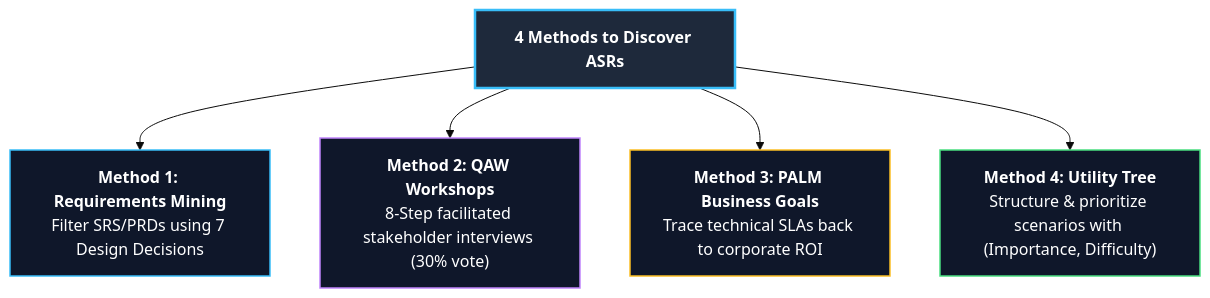
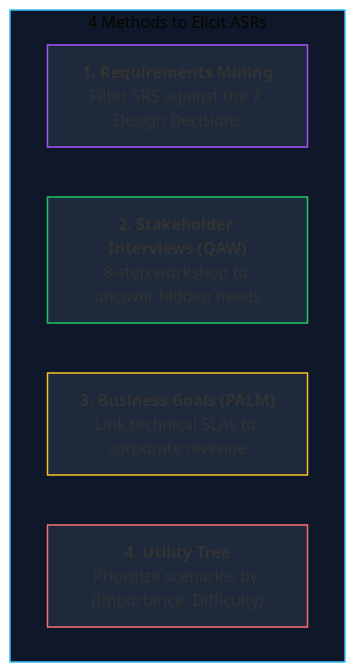
Before and after one commit to shreyash2601/bits-notes: the first of 2 diagrams in Software Architectures/Lecture 5/Lecture_05_Notes.md, drawn with Mermaid (base theme). The commit also changed other lines of this file and 31 other files, not shown here.

````diff
--- a/Software Architectures/Lecture 5/Lecture_05_Notes.md
+++ b/Software Architectures/Lecture 5/Lecture_05_Notes.md
@@ -307,15 +42,14 @@
 ```mermaid
 flowchart TD
-    ROOT["<b style='color:#ffffff; font-size:16px;'>4 Methods to Discover ASRs</b>"]
-
-    ROOT --> M1["<b>Method 1: Requirements Mining</b><br/>Filter SRS/PRDs using 7 Design Decisions"]
-    ROOT --> M2["<b>Method 2: QAW Workshops</b><br/>8-Step facilitated stakeholder interviews (30% vote)"]
-    ROOT --> M3["<b>Method 3: PALM Business Goals</b><br/>Trace technical SLAs back to corporate ROI"]
-    ROOT --> M4["<b>Method 4: Utility Tree</b><br/>Structure & prioritize scenarios with (Importance, Difficulty)"]
-
-    style ROOT fill:#1e293b,stroke:#38bdf8,stroke-width:2.5px,color:#ffffff
-    style M1 fill:#0f172a,stroke:#38bdf8,stroke-width:1.5px,color:#ffffff
-    style M2 fill:#0f172a,stroke:#c084fc,stroke-width:1.5px,color:#ffffff
-    style M3 fill:#0f172a,stroke:#fbbf24,stroke-width:1.5px,color:#ffffff
-    style M4 fill:#0f172a,stroke:#4ade80,stroke-width:1.5px,color:#ffffff
+    subgraph SOURCES ["4 Methods to Elicit ASRs"]
+        M1["<b>1. Requirements Mining</b><br/>Filter SRS against the 7 Design Decisions"]
+        M2["<b>2. Stakeholder Interviews (QAW)</b><br/>8-step workshop to uncover hidden needs"]
+        M3["<b>3. Business Goals (PALM)</b><br/>Link technical SLAs to corporate revenue"]
+        M4["<b>4. Utility Tree</b><br/>Prioritize scenarios by (Importance, Difficulty)"]
+    end
+    style SOURCES fill:#0f172a,stroke:#38bdf8,stroke-width:1.5px
+    style M1 fill:#1e293b,stroke:#a855f7,stroke-width:1.5px
+    style M2 fill:#1e293b,stroke:#22c55e,stroke-width:1.5px
+    style M3 fill:#1e293b,stroke:#fbbf24,stroke-width:1.5px
+    style M4 fill:#1e293b,stroke:#f87171,stroke-width:1.5px
 ```
````
